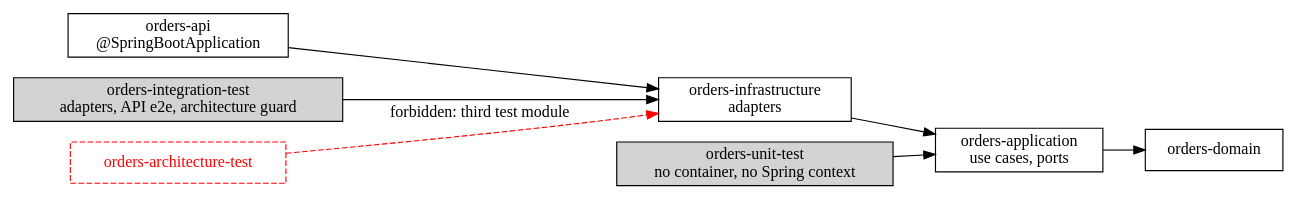
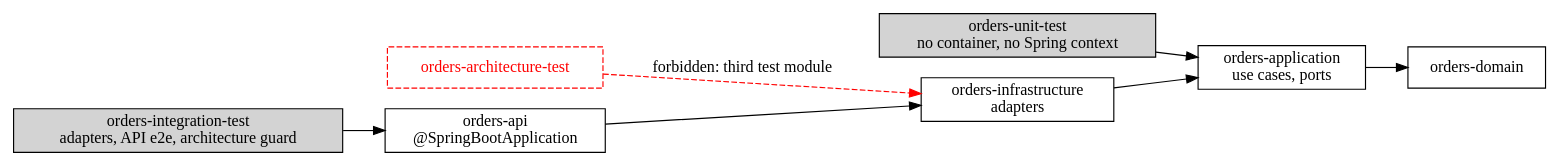
The diagram in plugins/skraft-framework/skills/clean-architecture-testing/references/examples-java.md (SebastienDegodez/skraft-plugin), drawn with Graphviz before and after one commit. The commit also changed other lines of this file, not shown here.

````diff
--- a/plugins/skraft-framework/skills/clean-architecture-testing/references/examples-java.md
+++ b/plugins/skraft-framework/skills/clean-architecture-testing/references/examples-java.md
@@ -5,18 +5,18 @@
 ```dot
 digraph maven_modules {
     rankdir=LR;
     node [shape=box];
     api [label="orders-api\n@SpringBootApplication"];
     infra [label="orders-infrastructure\nadapters"];
     app [label="orders-application\nuse cases, ports"];
     domain [label="orders-domain"];
     unit [label="orders-unit-test\nno container, no Spring context", style=filled];
     it [label="orders-integration-test\nadapters, API e2e, architecture guard", style=filled];
     third [label="orders-architecture-test", style=dashed, fontcolor=red, color=red];
 
     api -> infra -> app -> domain;
     unit -> app;
-    it -> infra;
+    it -> api;
     third -> infra [style=dashed, color=red, label="forbidden: third test module"];
 }
 ```
````
